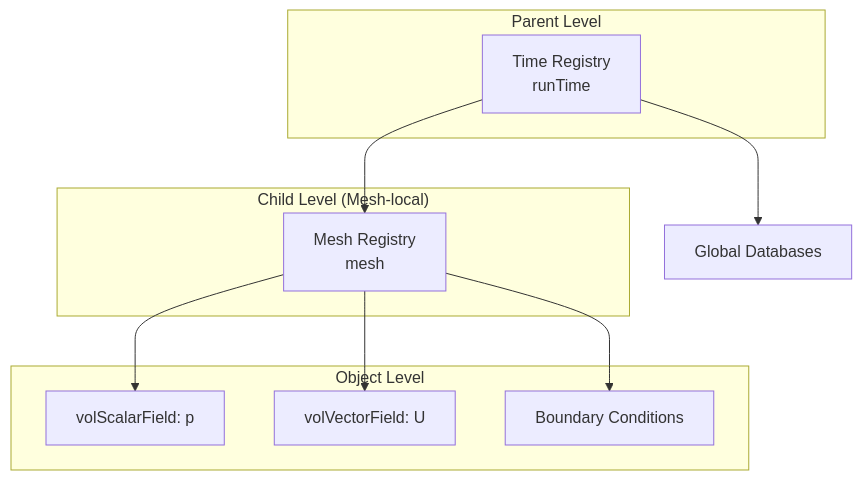
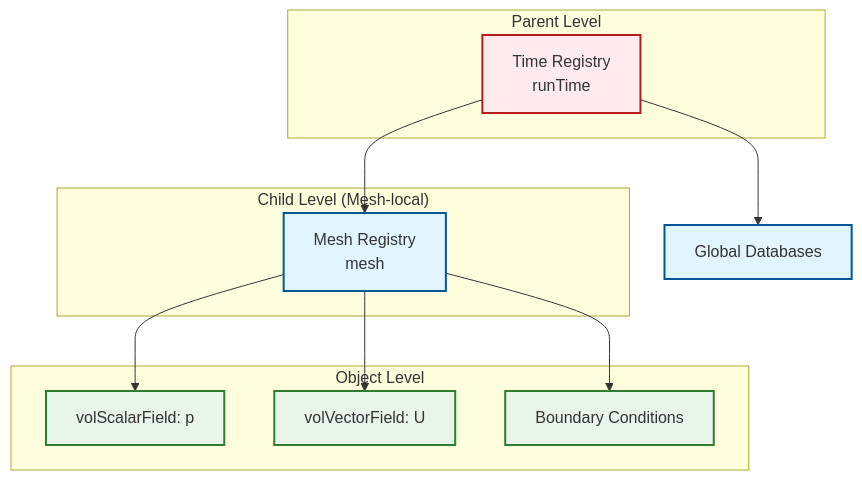
Before and after one commit to wramet/build-my-cfd: the second of 3 diagrams in MODULE_09_ADVANCED_TOPICS/CONTENT/04_MEMORY_MANAGEMENT/03_Internal_Mechanics.md, drawn with Mermaid. The commit also changed other lines of this file and 313 other files, not shown here.

Commit message:
Revise all diagram

````diff
--- a/MODULE_09_ADVANCED_TOPICS/CONTENT/04_MEMORY_MANAGEMENT/03_Internal_Mechanics.md
+++ b/MODULE_09_ADVANCED_TOPICS/CONTENT/04_MEMORY_MANAGEMENT/03_Internal_Mechanics.md
@@ -553,22 +557,22 @@
 ```mermaid
 graph TD
-    A[Time Registry<br/>runTime] --> B[Mesh Registry<br/>mesh]
-    A --> C[Global Databases]
-    B --> D[volScalarField: p]
-    B --> E[volVectorField: U]
-    B --> F[Boundary Conditions]
-
-    subgraph "Parent Level"
-    A
-    end
-
-    subgraph "Child Level (Mesh-local)"
-    B
-    end
-
-    subgraph "Object Level"
-    D
-    E
-    F
-    end
+classDef implicit fill:#e1f5fe,stroke:#01579b,stroke-width:2px
+classDef explicit fill:#ffebee,stroke:#b71c1c,stroke-width:2px
+classDef success fill:#e8f5e9,stroke:#2e7d32,stroke-width:2px
+A[Time Registry<br/>runTime]:::explicit --> B[Mesh Registry<br/>mesh]:::implicit
+A --> C[Global Databases]:::implicit
+B --> D[volScalarField: p]:::success
+B --> E[volVectorField: U]:::success
+B --> F[Boundary Conditions]:::success
+subgraph Parent["Parent Level"]
+A
+end
+subgraph Child["Child Level (Mesh-local)"]
+B
+end
+subgraph Object["Object Level"]
+D
+E
+F
+end
 ```
````
